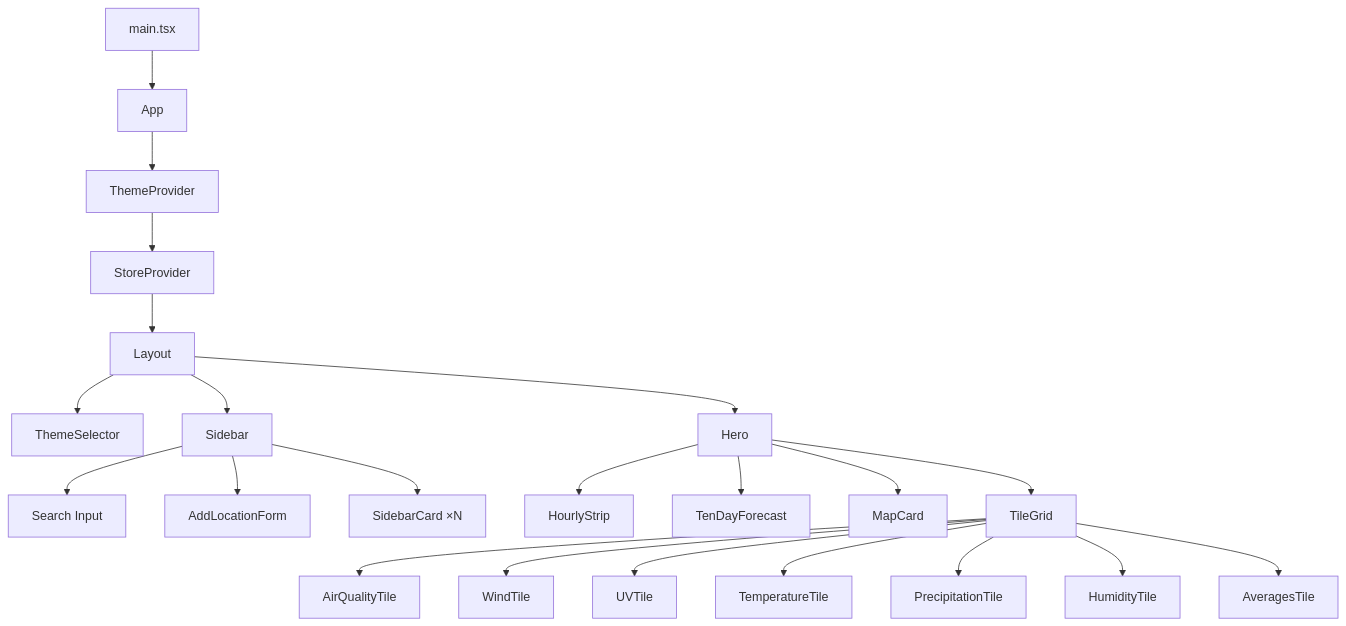
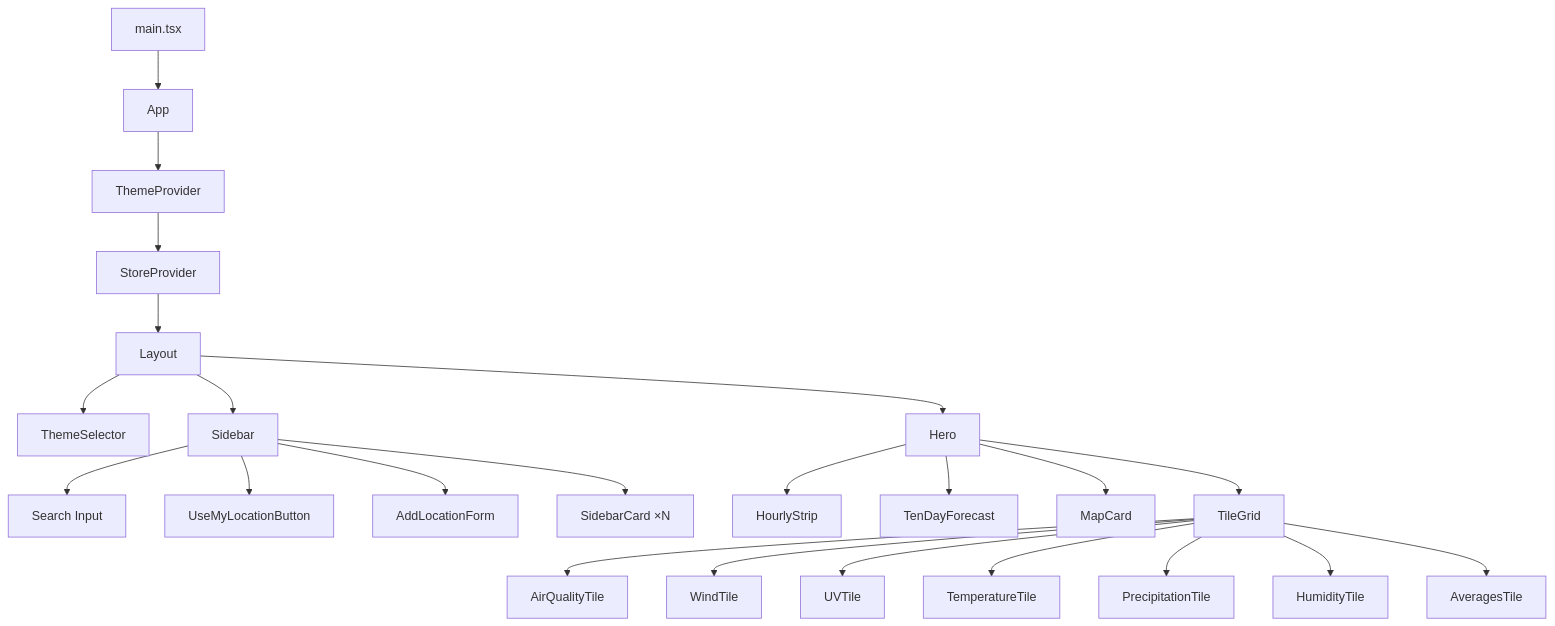
One commit to optiflow/sg-weather-ops-dashboard changed the diagram in docs/src/content/docs/reference/frontend-components.md. Above: the diagram before and after it, drawn with Mermaid. The commit also changed other lines of this file and 22 other files, not shown here.

Commit message:
Add use-my-location forecast-area flow

````diff
--- a/docs/src/content/docs/reference/frontend-components.md
+++ b/docs/src/content/docs/reference/frontend-components.md
@@ -8,24 +8,25 @@
 ```mermaid
 graph TD
   Main["main.tsx"] --> App
   App --> ThemeProvider
   ThemeProvider --> StoreProvider
   StoreProvider --> Layout
   Layout --> ThemeSelector
   Layout --> Sidebar
   Layout --> Hero
   Sidebar --> SearchBox["Search Input"]
+  Sidebar --> UseMyLocationButton
   Sidebar --> AddLocationForm
   Sidebar --> SidebarCard["SidebarCard ×N"]
   Hero --> HourlyStrip
   Hero --> TenDayForecast
   Hero --> MapCard
   Hero --> TileGrid
   TileGrid --> AirQualityTile
   TileGrid --> WindTile
   TileGrid --> UVTile
   TileGrid --> TemperatureTile
   TileGrid --> PrecipitationTile
   TileGrid --> HumidityTile
   TileGrid --> AveragesTile
 ```
````
